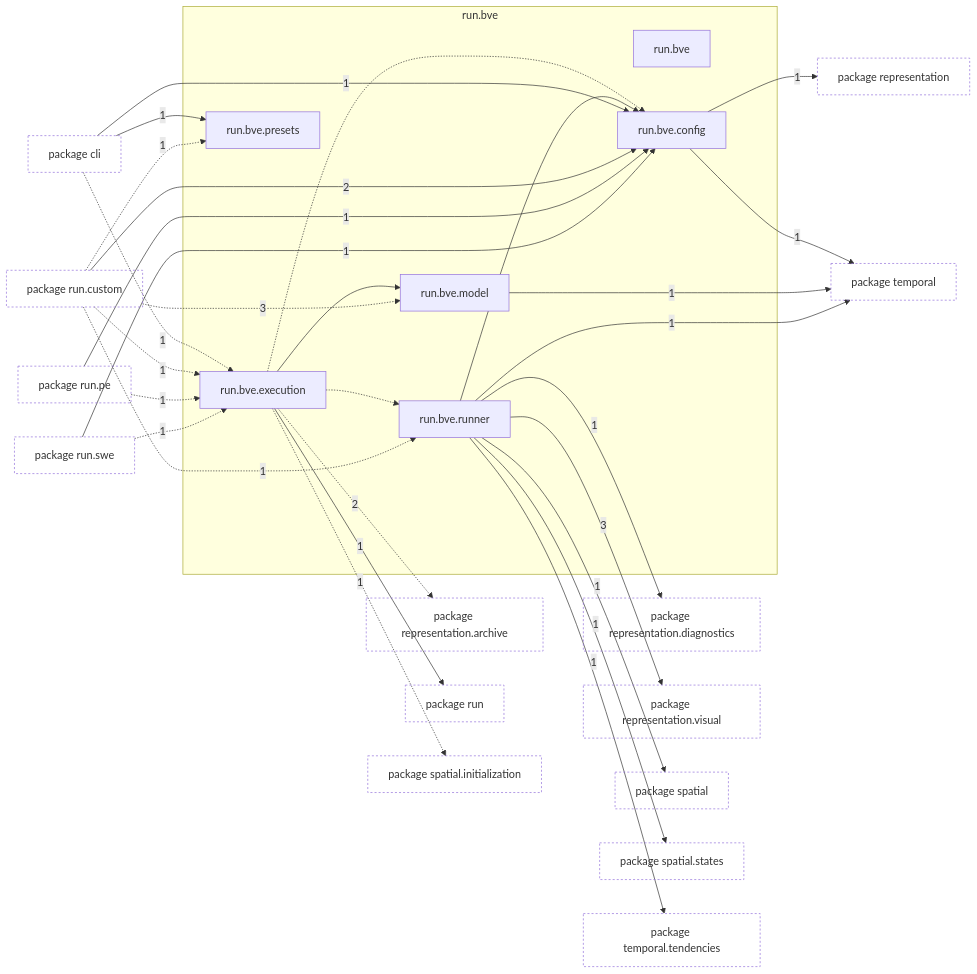
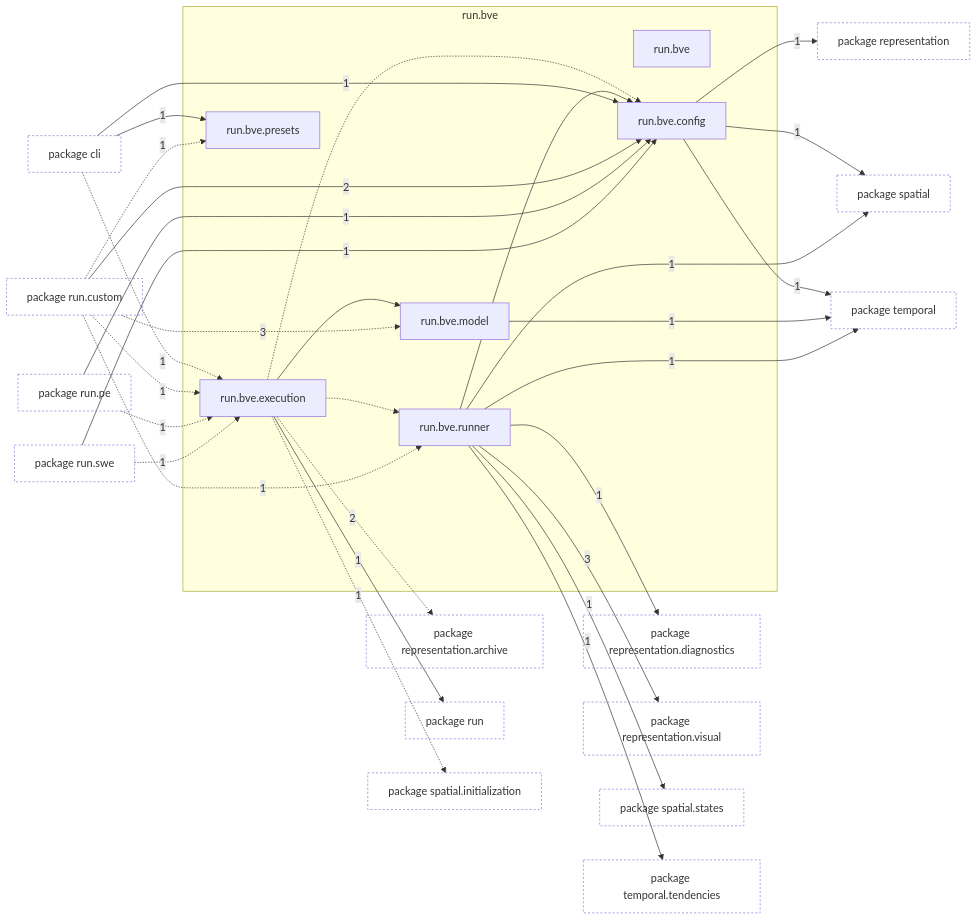
The first of 2 diagrams in docs/architecture/current/packages/tropoi.run.bve.md (AlexandreEros/Palintropos), drawn with Mermaid before and after one commit. The commit also changed 19 other files, not shown here.

First line of the commit message:
docs(architecture): refresh the snapshot for the lat-lon default

````diff
--- a/docs/architecture/current/packages/tropoi.run.bve.md
+++ b/docs/architecture/current/packages/tropoi.run.bve.md
@@ -24,70 +24,71 @@
 ```mermaid
 %% Generated by tools.architecture 2.3.0. Do not edit by hand.
 %% Modules of tropoi.run.bve with imports in and out
 flowchart LR
     subgraph g_tropoi_orun_obve["run.bve"]
         n_tropoi_orun_obve["run.bve"]
         n_tropoi_orun_obve_oconfig["run.bve.config"]
         n_tropoi_orun_obve_oexecution["run.bve.execution"]
         n_tropoi_orun_obve_omodel["run.bve.model"]
         n_tropoi_orun_obve_opresets["run.bve.presets"]
         n_tropoi_orun_obve_orunner["run.bve.runner"]
     end
     p_tropoi_ocli["package cli"]
     p_tropoi_orepresentation["package representation"]
     p_tropoi_orepresentation_oarchive["package representation.archive"]
     p_tropoi_orepresentation_odiagnostics["package representation.diagnostics"]
     p_tropoi_orepresentation_ovisual["package representation.visual"]
     p_tropoi_orun["package run"]
     p_tropoi_orun_ocustom["package run.custom"]
     p_tropoi_orun_ope["package run.pe"]
     p_tropoi_orun_oswe["package run.swe"]
     p_tropoi_ospatial["package spatial"]
     p_tropoi_ospatial_oinitialization["package spatial.initialization"]
     p_tropoi_ospatial_ostates["package spatial.states"]
     p_tropoi_otemporal["package temporal"]
     p_tropoi_otemporal_otendencies["package temporal.tendencies"]
     n_tropoi_orun_obve_oexecution -.-> n_tropoi_orun_obve_oconfig
     n_tropoi_orun_obve_oexecution --> n_tropoi_orun_obve_omodel
     n_tropoi_orun_obve_oexecution -.-> n_tropoi_orun_obve_orunner
     n_tropoi_orun_obve_orunner --> n_tropoi_orun_obve_oconfig
     p_tropoi_ocli -->|1| n_tropoi_orun_obve_oconfig
     p_tropoi_ocli -.->|1| n_tropoi_orun_obve_oexecution
     p_tropoi_ocli -->|1| n_tropoi_orun_obve_opresets
     p_tropoi_orun_ocustom -->|2| n_tropoi_orun_obve_oconfig
     p_tropoi_orun_ocustom -.->|1| n_tropoi_orun_obve_oexecution
     p_tropoi_orun_ocustom -.->|3| n_tropoi_orun_obve_omodel
     p_tropoi_orun_ocustom -.->|1| n_tropoi_orun_obve_opresets
     p_tropoi_orun_ocustom -.->|1| n_tropoi_orun_obve_orunner
     p_tropoi_orun_ope -->|1| n_tropoi_orun_obve_oconfig
     p_tropoi_orun_ope -.->|1| n_tropoi_orun_obve_oexecution
     p_tropoi_orun_oswe -->|1| n_tropoi_orun_obve_oconfig
     p_tropoi_orun_oswe -.->|1| n_tropoi_orun_obve_oexecution
     n_tropoi_orun_obve_oconfig -->|1| p_tropoi_orepresentation
+    n_tropoi_orun_obve_oconfig -->|1| p_tropoi_ospatial
     n_tropoi_orun_obve_oconfig -->|1| p_tropoi_otemporal
     n_tropoi_orun_obve_oexecution -.->|2| p_tropoi_orepresentation_oarchive
     n_tropoi_orun_obve_oexecution -->|1| p_tropoi_orun
     n_tropoi_orun_obve_oexecution -.->|1| p_tropoi_ospatial_oinitialization
     n_tropoi_orun_obve_omodel -->|1| p_tropoi_otemporal
     n_tropoi_orun_obve_orunner -->|1| p_tropoi_orepresentation_odiagnostics
     n_tropoi_orun_obve_orunner -->|3| p_tropoi_orepresentation_ovisual
     n_tropoi_orun_obve_orunner -->|1| p_tropoi_ospatial
     n_tropoi_orun_obve_orunner -->|1| p_tropoi_ospatial_ostates
     n_tropoi_orun_obve_orunner -->|1| p_tropoi_otemporal
     n_tropoi_orun_obve_orunner -->|1| p_tropoi_otemporal_otendencies
     classDef other fill:none,stroke-dasharray:3 3
     class p_tropoi_ocli other
     class p_tropoi_orepresentation other
     class p_tropoi_orepresentation_oarchive other
     class p_tropoi_orepresentation_odiagnostics other
     class p_tropoi_orepresentation_ovisual other
     class p_tropoi_orun other
     class p_tropoi_orun_ocustom other
     class p_tropoi_orun_ope other
     class p_tropoi_orun_oswe other
     class p_tropoi_ospatial other
     class p_tropoi_ospatial_oinitialization other
     class p_tropoi_ospatial_ostates other
     class p_tropoi_otemporal other
     class p_tropoi_otemporal_otendencies other
 ```
````
